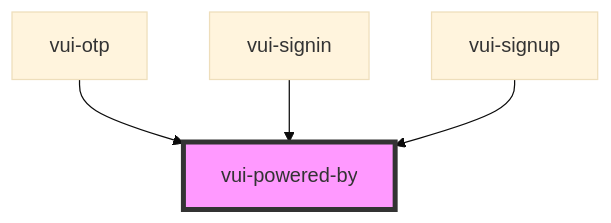
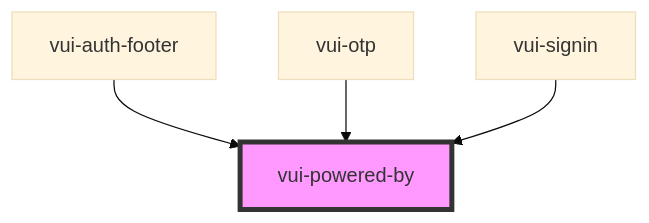
One commit to verite-team/verite-elements changed the diagram in packages/stencil-library/src/components/powered-by/readme.md. Above: the diagram before and after it, drawn with Mermaid (base theme). The commit also changed other lines of this file and 28 other files, not shown here.

````diff
--- a/packages/stencil-library/src/components/powered-by/readme.md
+++ b/packages/stencil-library/src/components/powered-by/readme.md
@@ -30,7 +30,7 @@
 ```mermaid
 graph TD;
+  vui-auth-footer --> vui-powered-by
   vui-otp --> vui-powered-by
   vui-signin --> vui-powered-by
-  vui-signup --> vui-powered-by
   style vui-powered-by fill:#f9f,stroke:#333,stroke-width:4px
 ```
````
